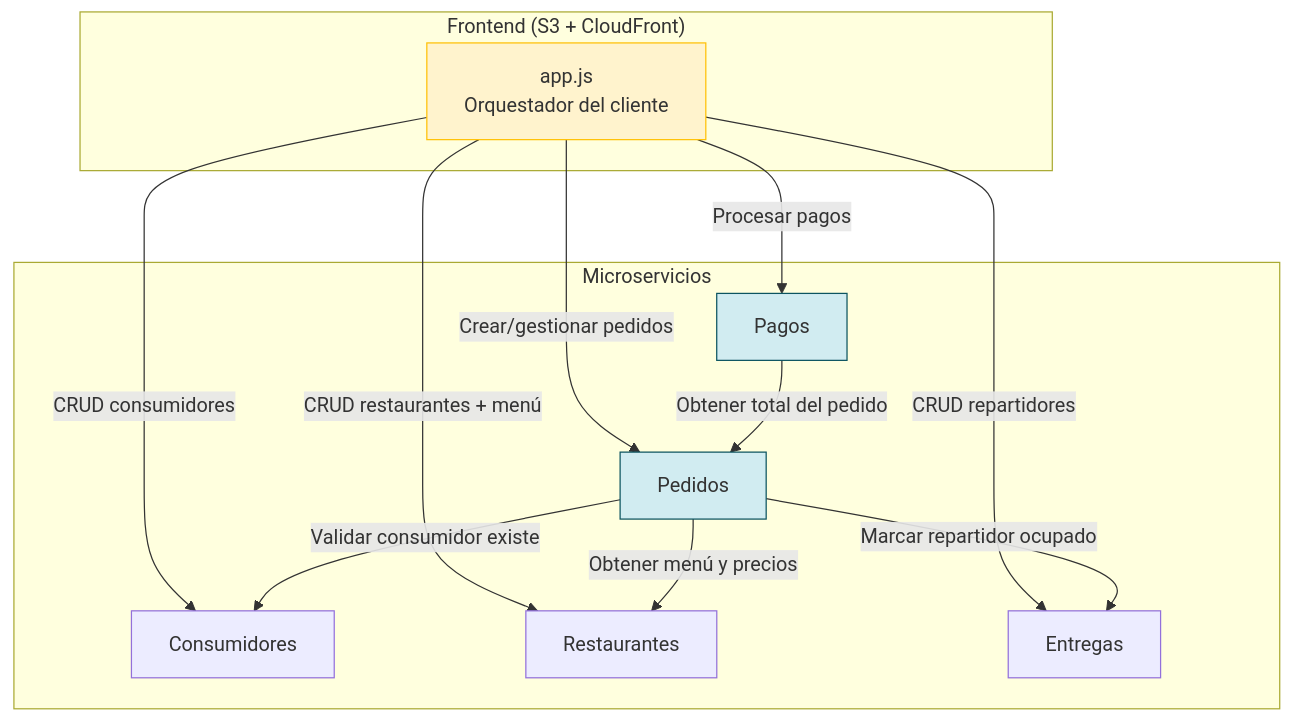
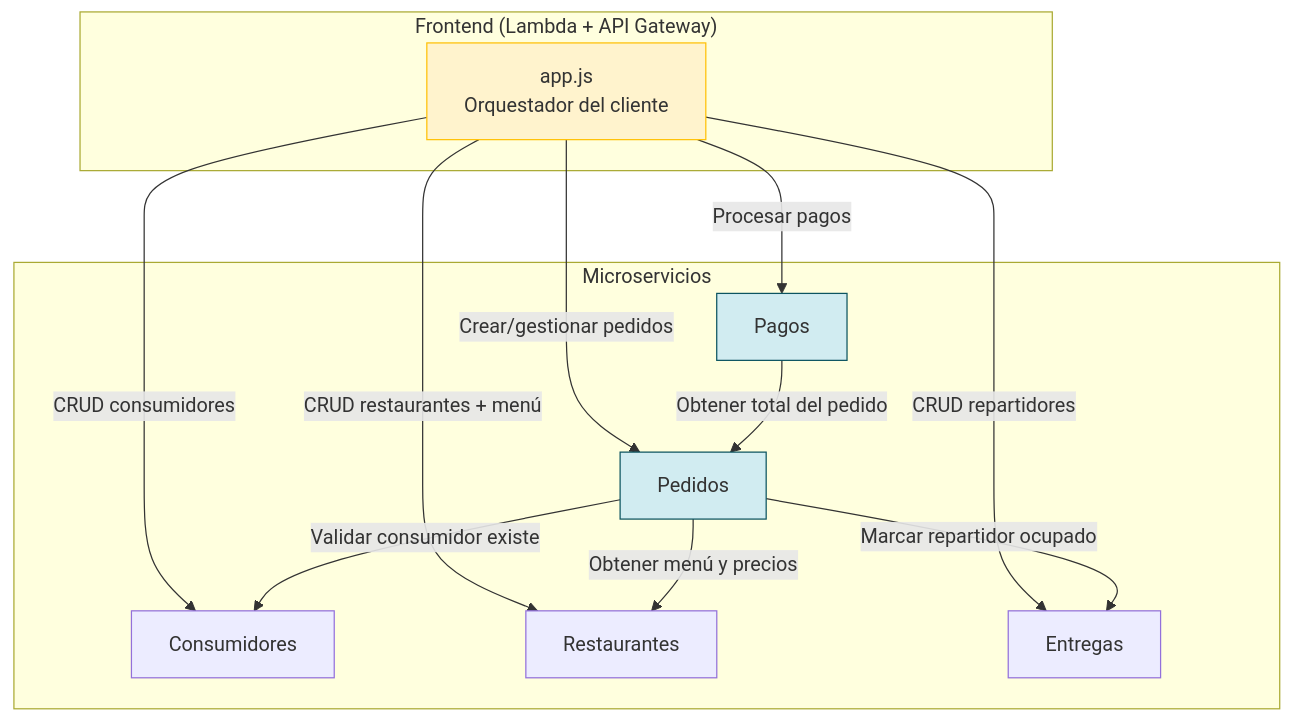
One commit to gusdelact/meetup27Abril2026 changed the sixth of 10 diagrams in ftgo-microservicios/DESIGN.md. Above: the diagram before and after it, drawn with Mermaid. The commit also changed other lines of this file and 8 other files, not shown here.

````diff
--- a/ftgo-microservicios/DESIGN.md
+++ b/ftgo-microservicios/DESIGN.md
@@ -565,29 +561,29 @@
 ```mermaid
 graph TD
-    subgraph "Frontend (S3 + CloudFront)"
+    subgraph "Frontend (Lambda + API Gateway)"
         FE[app.js<br/>Orquestador del cliente]
     end
 
     subgraph "Microservicios"
         MS_C[Consumidores]
         MS_R[Restaurantes]
         MS_P[Pedidos]
         MS_E[Entregas]
         MS_PAG[Pagos]
     end
 
     FE -->|CRUD consumidores| MS_C
     FE -->|CRUD restaurantes + menú| MS_R
     FE -->|Crear/gestionar pedidos| MS_P
     FE -->|CRUD repartidores| MS_E
     FE -->|Procesar pagos| MS_PAG
 
     MS_P -->|Validar consumidor existe| MS_C
     MS_P -->|Obtener menú y precios| MS_R
     MS_P -->|Marcar repartidor ocupado| MS_E
     MS_PAG -->|Obtener total del pedido| MS_P
 
     style FE fill:#fff3cd,stroke:#ffc107
     style MS_P fill:#d1ecf1,stroke:#0c5460
     style MS_PAG fill:#d1ecf1,stroke:#0c5460
 ```
````
